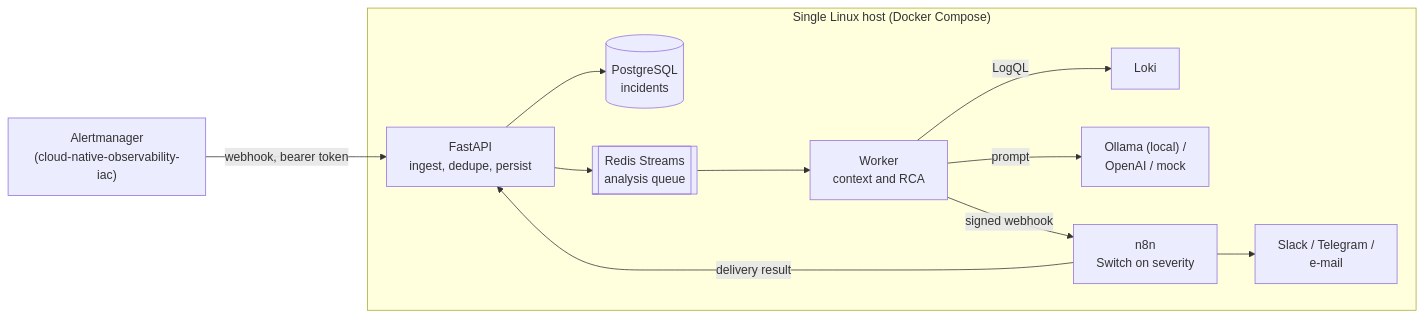
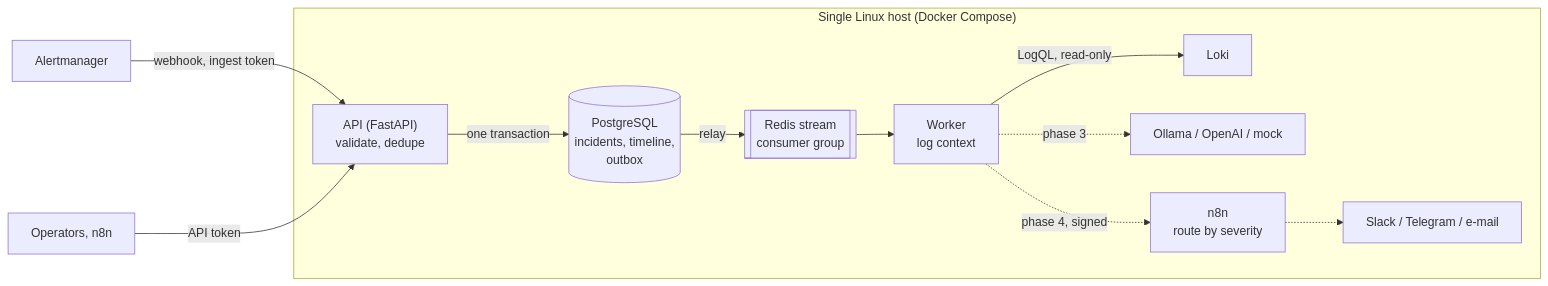
The diagram in README.md (ali-fakhrabadi/aiops-n8n-incident-engine), drawn with Mermaid before and after one commit. The commit also changed other lines of this file and 51 other files, not shown here.

First line of the commit message:
feat: ingest Alertmanager alerts and collect log context for incidents

````diff
--- a/README.md
+++ b/README.md
@@ -19,14 +19,14 @@
 ```mermaid
 flowchart LR
-    am["Alertmanager<br/>(cloud-native-observability-iac)"] -->|webhook, bearer token| api
+    am["Alertmanager"] -->|webhook, ingest token| api
     subgraph host["Single Linux host (Docker Compose)"]
-        api["FastAPI<br/>ingest, dedupe, persist"] --> pg[("PostgreSQL<br/>incidents")]
-        api --> q[["Redis Streams<br/>analysis queue"]]
-        q --> worker["Worker<br/>context and RCA"]
-        worker -->|LogQL| loki["Loki"]
-        worker -->|prompt| llm["Ollama (local) /<br/>OpenAI / mock"]
-        worker -->|signed webhook| n8n["n8n<br/>Switch on severity"]
-        n8n -->|delivery result| api
-        n8n --> ch["Slack / Telegram /<br/>e-mail"]
+        api["API (FastAPI)<br/>validate, dedupe"] -->|one transaction| pg[("PostgreSQL<br/>incidents, timeline,<br/>outbox")]
+        pg -->|relay| q[["Redis stream<br/>consumer group"]]
+        q --> worker["Worker<br/>log context"]
+        worker -->|LogQL, read-only| loki["Loki"]
+        worker -.->|phase 3| llm["Ollama / OpenAI / mock"]
+        worker -.->|phase 4, signed| n8n["n8n<br/>route by severity"]
+        n8n -.-> ch["Slack / Telegram / e-mail"]
     end
+    ops["Operators, n8n"] -->|API token| api
 ```
````
